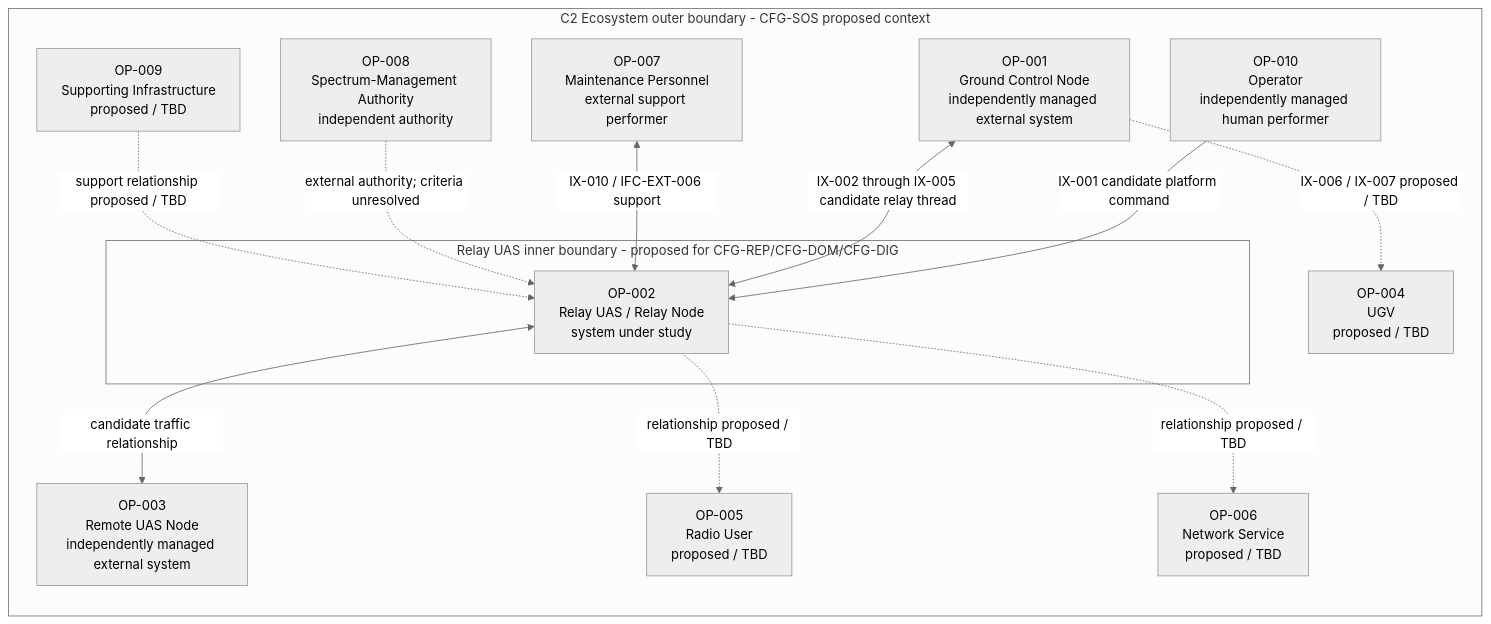
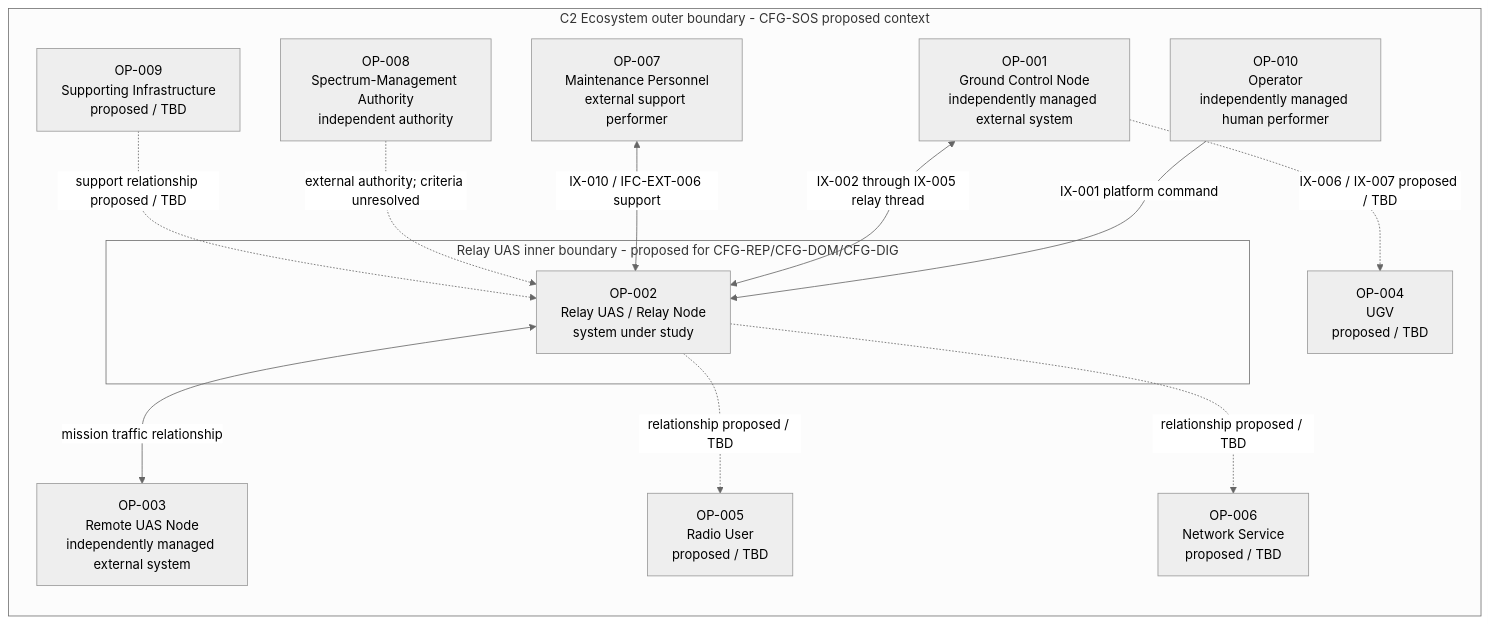
The second of 17 diagrams in reports/architecture-views.md (noahstephenson/low-cost-relay-uas), drawn with Mermaid (neutral theme) before and after one commit. The commit also changed other lines of this file and 28 other files, not shown here.

Commit message:
Simplify and consolidate architecture repository

````diff
--- a/reports/architecture-views.md
+++ b/reports/architecture-views.md
@@ -42,27 +42,27 @@
 ```mermaid
 flowchart LR
     %% Configuration scope: CFG-SOS outer context; CFG-REP / CFG-DOM / CFG-DIG inner constituent
     subgraph OUTER["C2 Ecosystem outer boundary - CFG-SOS proposed context"]
         OP_010["OP-010<br/>Operator<br/>independently managed human performer"]
         OP_001["OP-001<br/>Ground Control Node<br/>independently managed external system"]
         OP_003["OP-003<br/>Remote UAS Node<br/>independently managed external system"]
         OP_004["OP-004<br/>UGV<br/>proposed / TBD"]
         OP_005["OP-005<br/>Radio User<br/>proposed / TBD"]
         OP_006["OP-006<br/>Network Service<br/>proposed / TBD"]
         OP_007["OP-007<br/>Maintenance Personnel<br/>external support performer"]
         OP_008["OP-008<br/>Spectrum-Management Authority<br/>independent authority"]
         OP_009["OP-009<br/>Supporting Infrastructure<br/>proposed / TBD"]
         subgraph INNER["Relay UAS inner boundary - proposed for CFG-REP/CFG-DOM/CFG-DIG"]
             OP_002["OP-002<br/>Relay UAS / Relay Node<br/>system under study"]
         end
     end
-    OP_010 -->|"IX-001 candidate platform command"| OP_002
-    OP_001 <-->|"IX-002 through IX-005 candidate relay thread"| OP_002
-    OP_002 <-->|"candidate traffic relationship"| OP_003
+    OP_010 -->|"IX-001 platform command"| OP_002
+    OP_001 <-->|"IX-002 through IX-005 relay thread"| OP_002
+    OP_002 <-->|"mission traffic relationship"| OP_003
     OP_007 <-->|"IX-010 / IFC-EXT-006 support"| OP_002
     OP_008 -.->|"external authority; criteria unresolved"| OP_002
     OP_001 -.->|"IX-006 / IX-007 proposed / TBD"| OP_004
     OP_002 -.->|"relationship proposed / TBD"| OP_005
     OP_002 -.->|"relationship proposed / TBD"| OP_006
     OP_009 -.->|"support relationship proposed / TBD"| OP_002
 ```
````
